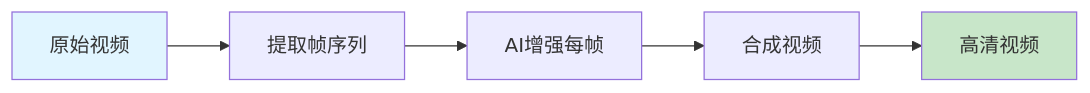
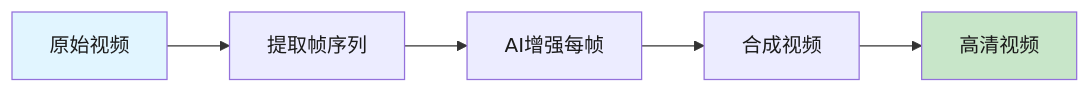
Before and after one commit to AlexInt/smart-downloader: the third of 3 diagrams in README.md, drawn with Mermaid. The commit also changed other lines of this file, not shown here.

````diff
--- a/README.md
+++ b/README.md
@@ -259,10 +288,11 @@
 ```mermaid
+%%{init: {"theme": "default", "themeVariables": {"textColor": "#1a1a1a", "primaryTextColor": "#1a1a1a", "edgeLabelTextColor": "#1a1a1a", "edgeLabelBackground": "#ffffff"}}}%%
 graph LR
     A[原始视频] --> B[提取帧序列]
     B --> C[AI增强每帧]
     C --> D[合成视频]
     D --> E[高清视频]
 
-    style A fill:#e1f5ff
-    style E fill:#c8e6c9
+    style A fill:#e1f5ff,color:#1a1a1a
+    style E fill:#c8e6c9,color:#1a1a1a
 ```
````
